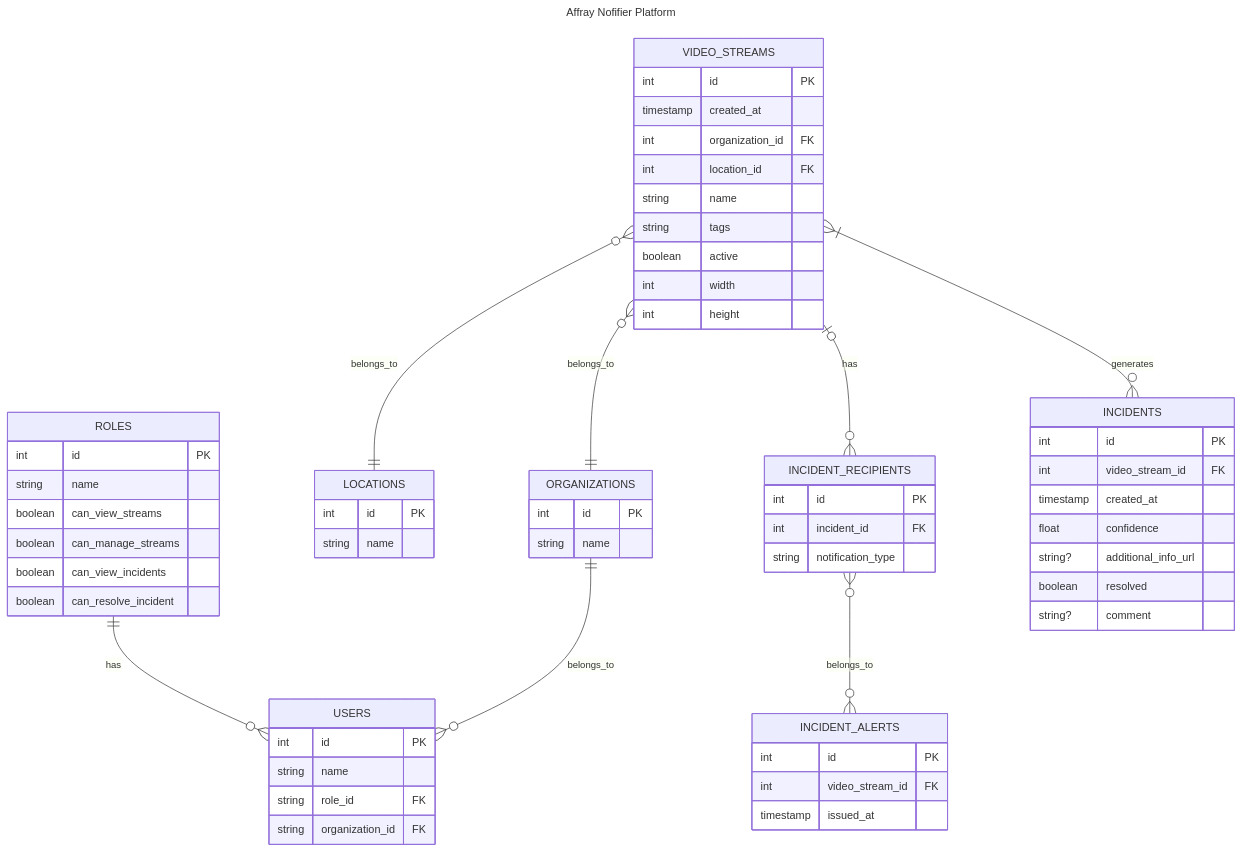
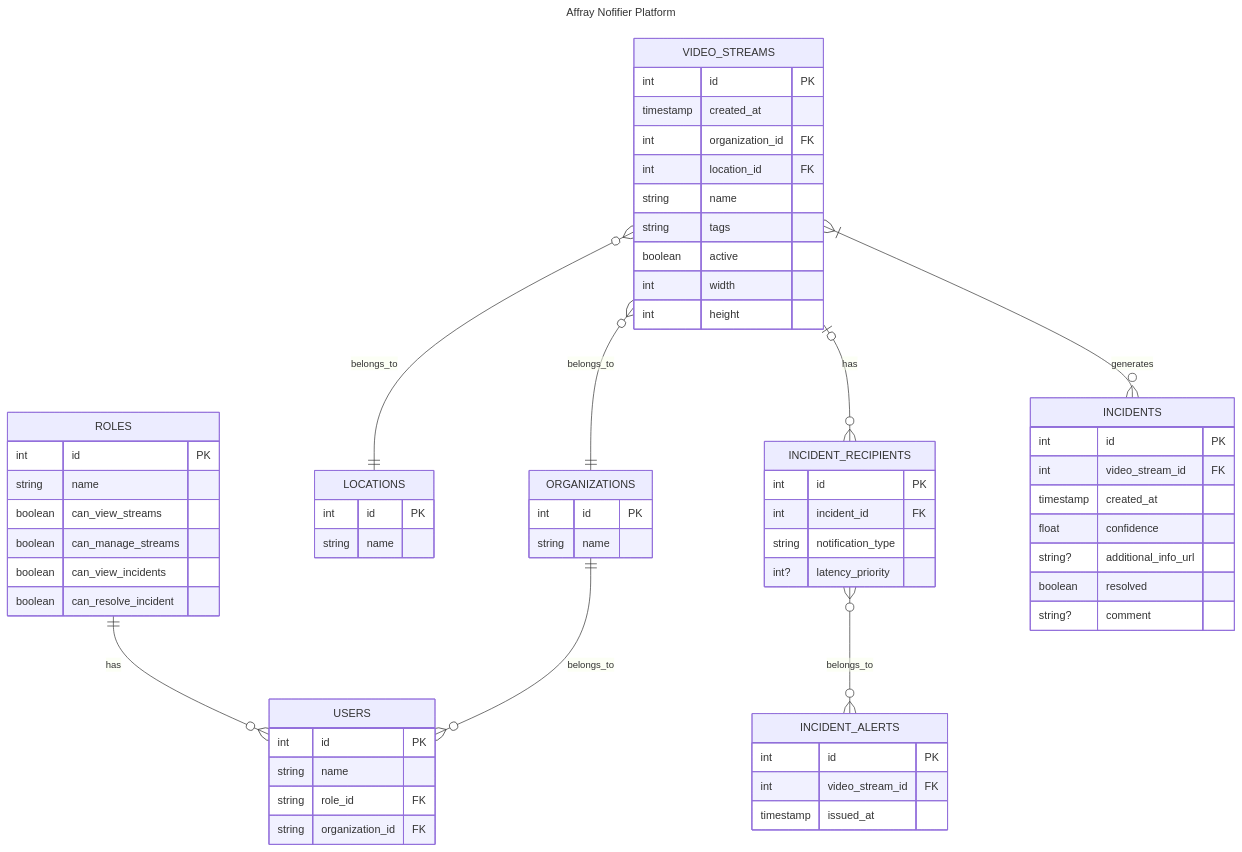
Before and after one commit to yeghor/FICE-KPI-Labs: the diagram in lab-1/er_data_model.mmd, drawn with Mermaid. The commit also changed 1 other file, not shown here.

Commit message:
fix(lab-1): adjust spec.md to support described in ER latency priority

```diff
--- a/lab-1/er_data_model.mmd
+++ b/lab-1/er_data_model.mmd
@@ -1,79 +1,80 @@
 ---
 title: Affray Nofifier Platform
 ---
 erDiagram
     VIDEO_STREAMS {
         int id PK
         timestamp created_at
         int organization_id FK
         int location_id FK
         
         string name
         string tags
         boolean active
 
         %% are used to compute ration, resolution
         int width
         int height
 
     }
 
     ORGANIZATIONS {
         int id PK
         string name
     }
 
     LOCATIONS {
         int id PK
         string name
     }
 
     USERS {
         int id PK
         string name
         string role_id FK
         string organization_id FK
     }
 
     ROLES {
         int id PK
         string name
 
         boolean can_view_streams  
         boolean can_manage_streams
         boolean can_view_incidents
         boolean can_resolve_incident
     }
 
     INCIDENT_RECIPIENTS {
         int id PK
         int incident_id FK
         string notification_type
+        int? latency_priority
     }
 
     INCIDENT_ALERTS {
         int id PK
         int video_stream_id FK
         timestamp issued_at
     }
 
     INCIDENTS {
         int id PK
         int video_stream_id FK
         timestamp created_at
         float confidence
 
         string? additional_info_url
         boolean resolved
         string? comment
     }
 
     ROLES ||--o{ USERS : has
     ORGANIZATIONS ||--o{ USERS : belongs_to
 
     VIDEO_STREAMS }o--|| LOCATIONS : belongs_to
     VIDEO_STREAMS }o--|| ORGANIZATIONS : belongs_to
     VIDEO_STREAMS }|--o{ INCIDENTS : generates
     VIDEO_STREAMS |o--o{ INCIDENT_RECIPIENTS : has
     
     INCIDENT_RECIPIENTS }o--o{ INCIDENT_ALERTS : belongs_to
```
